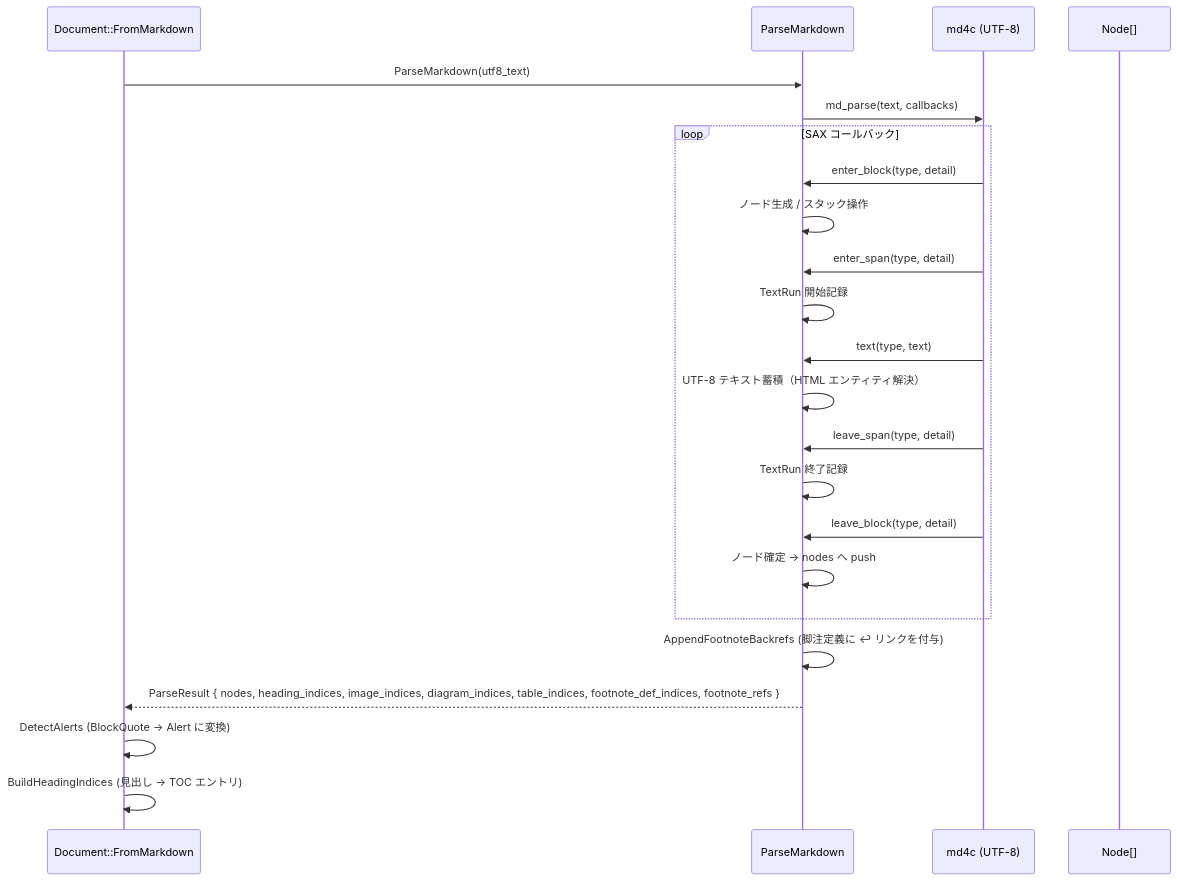
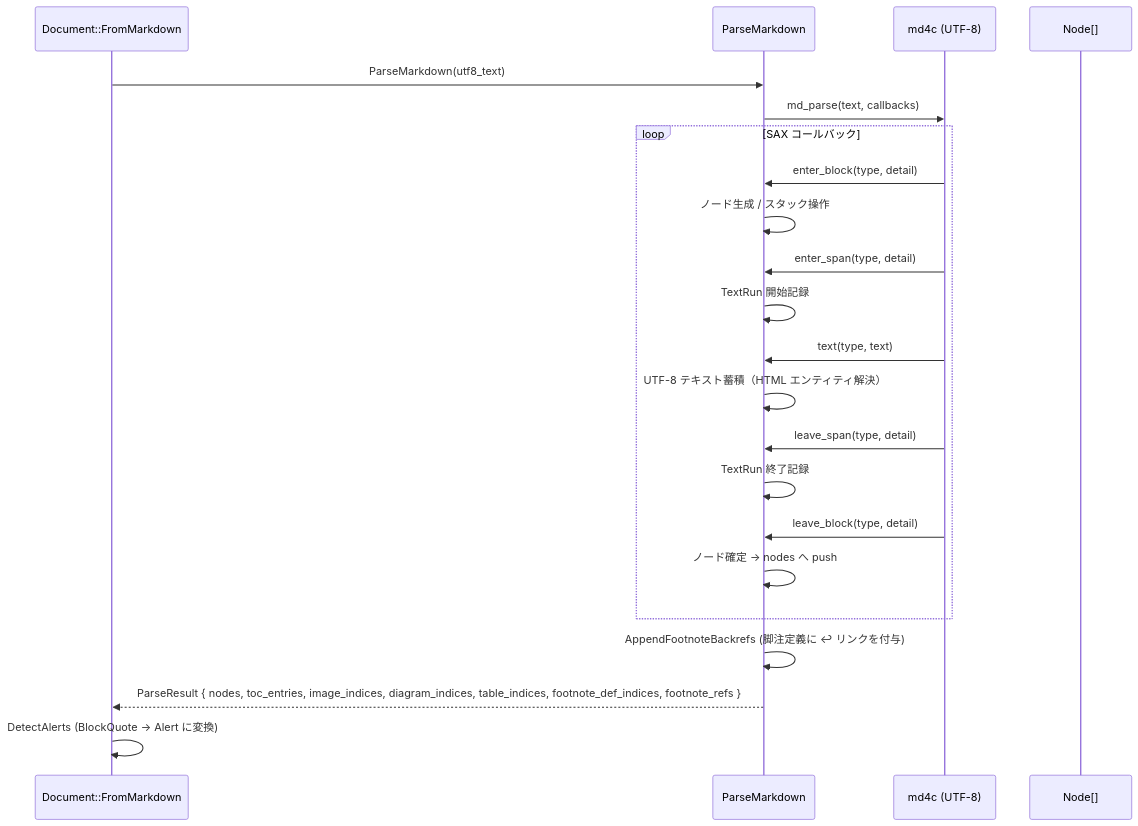
Before and after one commit to tanaton/mendo: the sixth of 27 diagrams in example/test.md, drawn with Mermaid. The commit also changed other lines of this file and 58 other files, not shown here.

````diff
--- a/example/test.md
+++ b/example/test.md
@@ -799,26 +799,25 @@
 ```mermaid
 sequenceDiagram
     participant DOC as Document::FromMarkdown
     participant P as ParseMarkdown
     participant MD as md4c (UTF-8)
     participant N as Node[]
 
     DOC->>P: ParseMarkdown(utf8_text)
     P->>MD: md_parse(text, callbacks)
     loop SAX コールバック
         MD->>P: enter_block(type, detail)
         P->>P: ノード生成 / スタック操作
         MD->>P: enter_span(type, detail)
         P->>P: TextRun 開始記録
         MD->>P: text(type, text)
         P->>P: UTF-8 テキスト蓄積（HTML エンティティ解決）
         MD->>P: leave_span(type, detail)
         P->>P: TextRun 終了記録
         MD->>P: leave_block(type, detail)
         P->>P: ノード確定 → nodes へ push
     end
     P->>P: AppendFootnoteBackrefs (脚注定義に ↩ リンクを付与)
-    P-->>DOC: ParseResult { nodes, heading_indices, image_indices, diagram_indices, table_indices, footnote_def_indices, footnote_refs }
+    P-->>DOC: ParseResult { nodes, toc_entries, image_indices, diagram_indices, table_indices, footnote_def_indices, footnote_refs }
     DOC->>DOC: DetectAlerts (BlockQuote → Alert に変換)
-    DOC->>DOC: BuildHeadingIndices (見出し → TOC エントリ)
 ```
````
